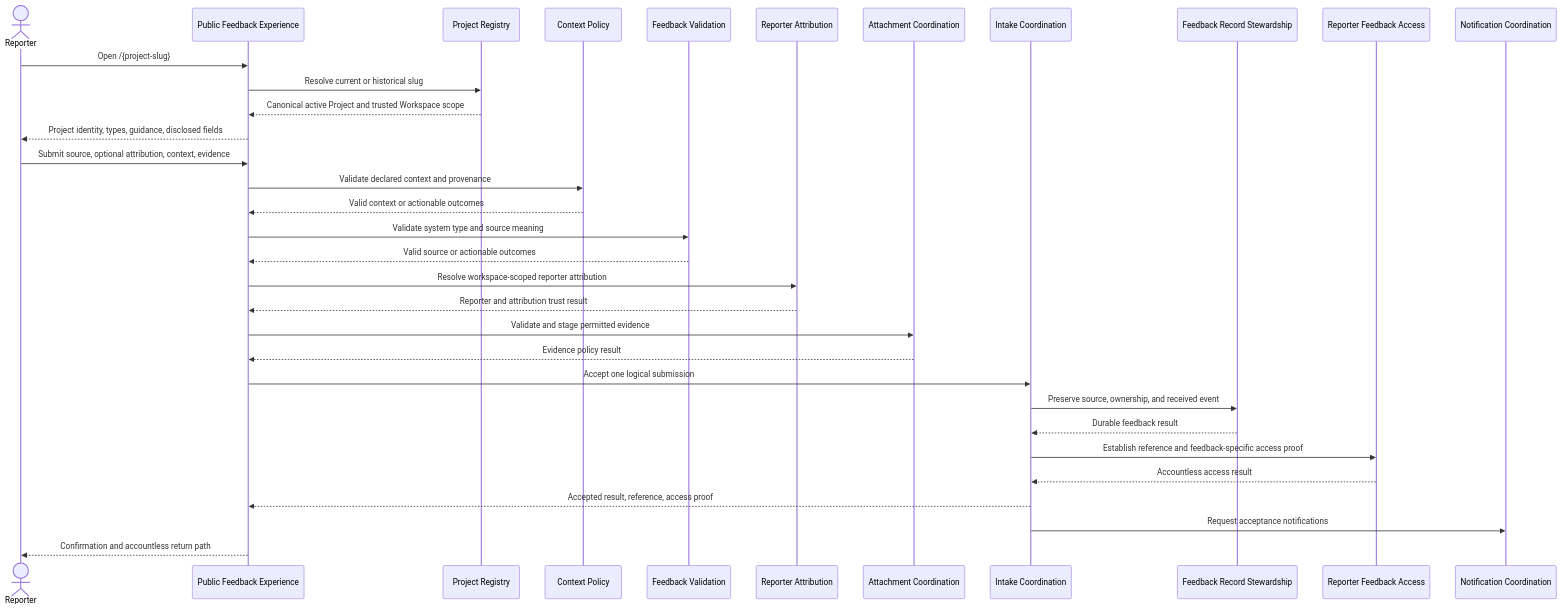
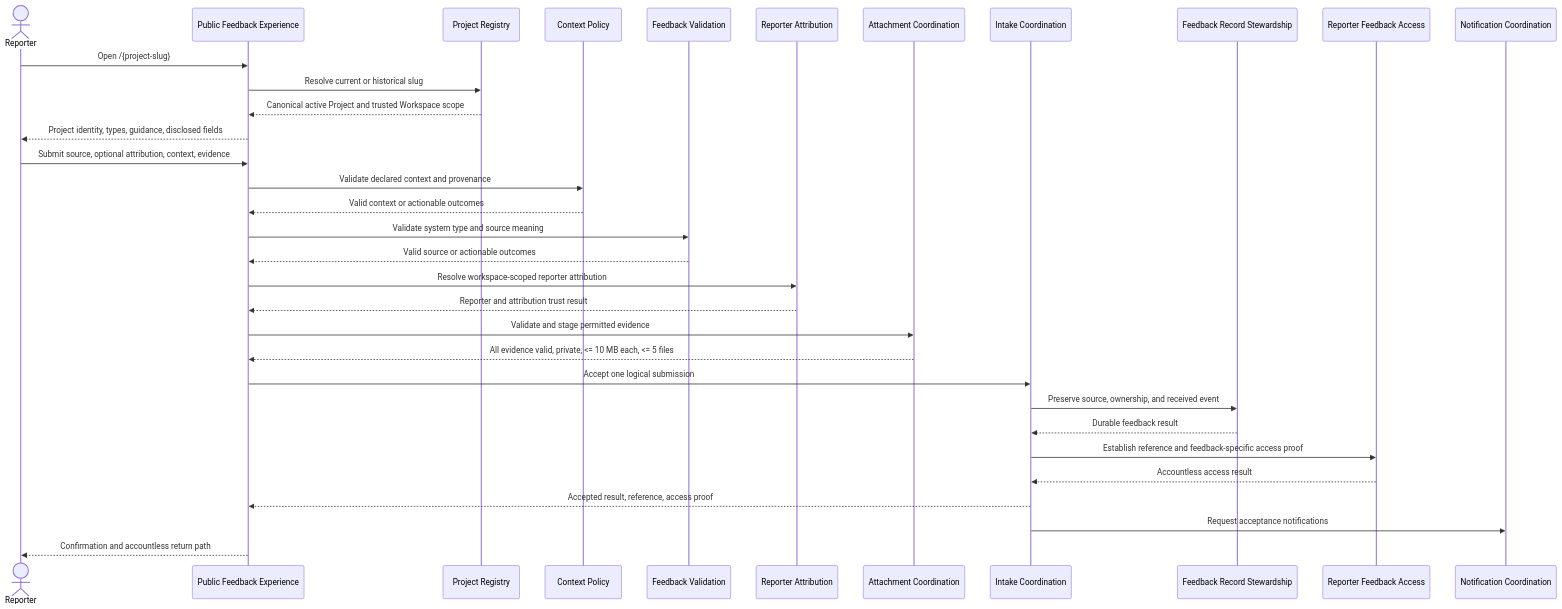
The third of 11 diagrams in docs/05_MODELING.md (Y4NN777/y7-feedback-mngt-system), drawn with Mermaid before and after one commit. The commit also changed other lines of this file, not shown here.

````diff
--- a/docs/05_MODELING.md
+++ b/docs/05_MODELING.md
@@ -89,36 +95,36 @@
 ```mermaid
 sequenceDiagram
     actor R as Reporter
     participant P as Public Feedback Experience
     participant G as Project Registry
     participant C as Context Policy
     participant V as Feedback Validation
     participant RA as Reporter Attribution
     participant A as Attachment Coordination
     participant I as Intake Coordination
     participant F as Feedback Record Stewardship
     participant X as Reporter Feedback Access
     participant N as Notification Coordination
 
     R->>P: Open /{project-slug}
     P->>G: Resolve current or historical slug
     G-->>P: Canonical active Project and trusted Workspace scope
     P-->>R: Project identity, types, guidance, disclosed fields
     R->>P: Submit source, optional attribution, context, evidence
     P->>C: Validate declared context and provenance
     C-->>P: Valid context or actionable outcomes
     P->>V: Validate system type and source meaning
     V-->>P: Valid source or actionable outcomes
     P->>RA: Resolve workspace-scoped reporter attribution
     RA-->>P: Reporter and attribution trust result
     P->>A: Validate and stage permitted evidence
-    A-->>P: Evidence policy result
+    A-->>P: All evidence valid, private, <= 10 MB each, <= 5 files
     P->>I: Accept one logical submission
     I->>F: Preserve source, ownership, and received event
     F-->>I: Durable feedback result
     I->>X: Establish reference and feedback-specific access proof
     X-->>I: Accountless access result
     I-->>P: Accepted result, reference, access proof
     I->>N: Request acceptance notifications
     P-->>R: Confirmation and accountless return path
 ```
````
